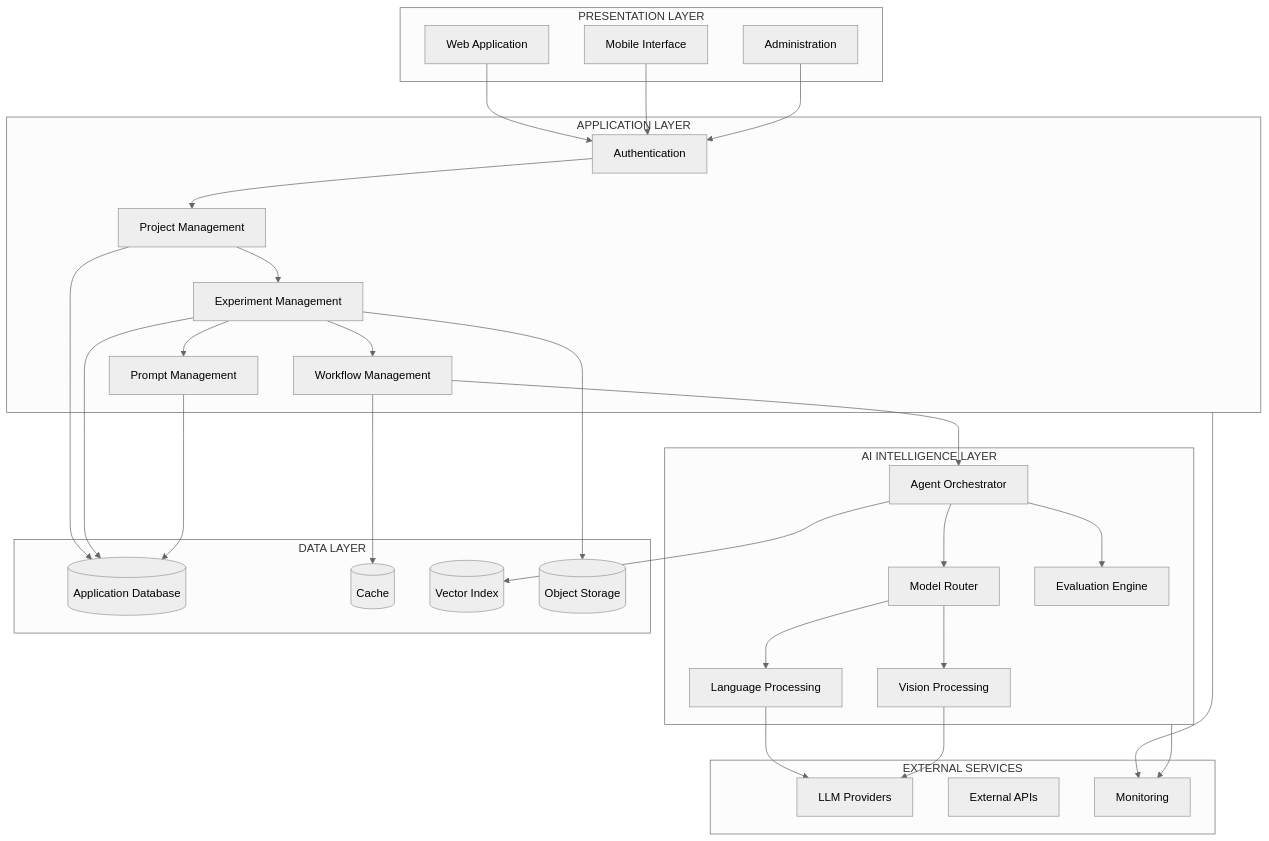
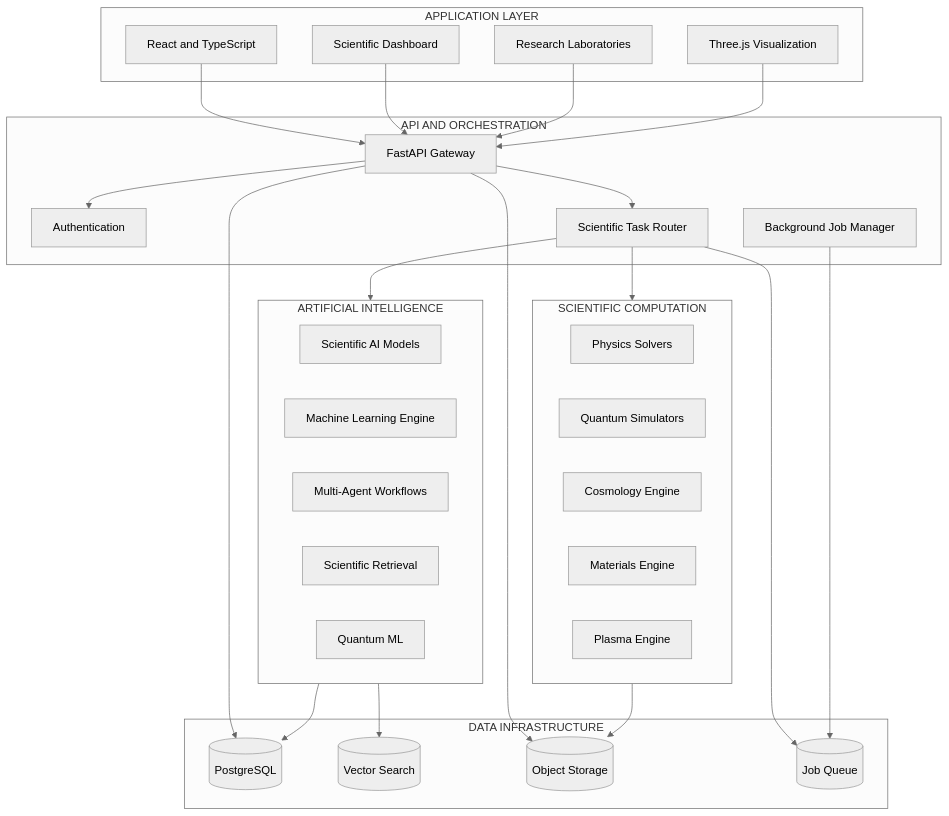
Before and after one commit to lucylow/woohoo-wonder-labs: the second of 13 diagrams in README.md, drawn with Mermaid (neutral theme). The commit also changed other lines of this file, not shown here.

````diff
--- a/README.md
+++ b/README.md
@@ -224,64 +231,57 @@
 ```mermaid
 flowchart TB
-
-    subgraph CLIENT["PRESENTATION LAYER"]
-        WEB["Web Application"]
-        MOBILE["Mobile Interface"]
-        ADMIN["Administration"]
+    subgraph FRONTEND["APPLICATION LAYER"]
+        UI[React and TypeScript]
+        DASH[Scientific Dashboard]
+        LAB[Research Laboratories]
+        VIZ[Three.js Visualization]
     end
 
-    subgraph APPLICATION["APPLICATION LAYER"]
-        AUTH["Authentication"]
-        PROJECT["Project Management"]
-        EXP["Experiment Management"]
-        PROMPT["Prompt Management"]
-        WORK["Workflow Management"]
+    subgraph API["API AND ORCHESTRATION"]
+        FAST[FastAPI Gateway]
+        AUTH[Authentication]
+        ROUTER[Scientific Task Router]
+        JOBS[Background Job Manager]
     end
 
-    subgraph INTELLIGENCE["AI INTELLIGENCE LAYER"]
-        ROUTER["Model Router"]
-        AGENT["Agent Orchestrator"]
-        VISION["Vision Processing"]
-        TEXT["Language Processing"]
-        EVAL["Evaluation Engine"]
+    subgraph AI["ARTIFICIAL INTELLIGENCE"]
+        LLM[Scientific AI Models]
+        ML[Machine Learning Engine]
+        AGENTS[Multi-Agent Workflows]
+        RAG[Scientific Retrieval]
+        QML[Quantum ML]
     end
 
-    subgraph DATA["DATA LAYER"]
-        DB[("Application Database")]
-        CACHE[("Cache")]
-        VECTOR[("Vector Index")]
-        STORAGE[("Object Storage")]
+    subgraph COMPUTE["SCIENTIFIC COMPUTATION"]
+        PHYS[Physics Solvers]
+        QUANTUM[Quantum Simulators]
+        COSMO[Cosmology Engine]
+        MATERIAL[Materials Engine]
+        PLASMA[Plasma Engine]
     end
 
-    subgraph EXTERNAL["EXTERNAL SERVICES"]
-        LLM["LLM Providers"]
-        EXT["External APIs"]
-        OBS["Monitoring"]
+    subgraph DATA["DATA INFRASTRUCTURE"]
+        DB[(PostgreSQL)]
+        VECTOR[(Vector Search)]
+        STORAGE[(Object Storage)]
+        QUEUE[(Job Queue)]
     end
 
-    WEB --> AUTH
-    MOBILE --> AUTH
-    ADMIN --> AUTH
+    UI --> FAST
+    DASH --> FAST
+    LAB --> FAST
+    VIZ --> FAST
 
-    AUTH --> PROJECT
-    PROJECT --> EXP
-    EXP --> PROMPT
-    EXP --> WORK
+    FAST --> AUTH
+    FAST --> ROUTER
+    ROUTER --> AI
+    ROUTER --> COMPUTE
+    ROUTER --> QUEUE
 
-    WORK --> AGENT
-    AGENT --> ROUTER
-    ROUTER --> TEXT
-    ROUTER --> VISION
-    TEXT --> LLM
-    VISION --> LLM
-    AGENT --> EVAL
-
-    PROJECT --> DB
-    EXP --> DB
-    PROMPT --> DB
-    WORK --> CACHE
-    EXP --> STORAGE
-    AGENT --> VECTOR
-    APPLICATION --> OBS
-    INTELLIGENCE --> OBS
+    AI --> DB
+    AI --> VECTOR
+    COMPUTE --> STORAGE
+    JOBS --> QUEUE
+    FAST --> DB
+    FAST --> STORAGE
 ```
````
